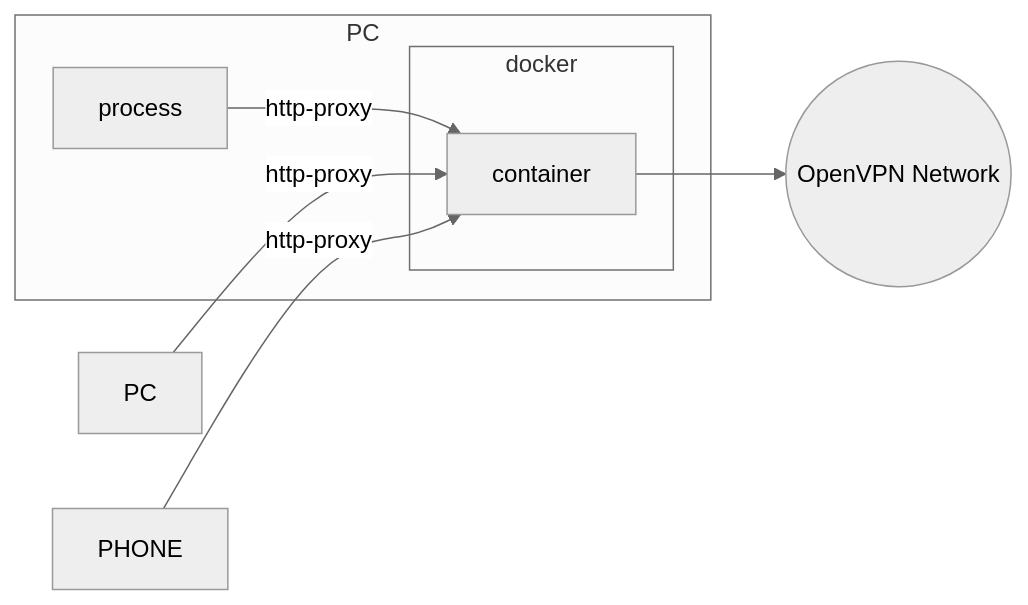
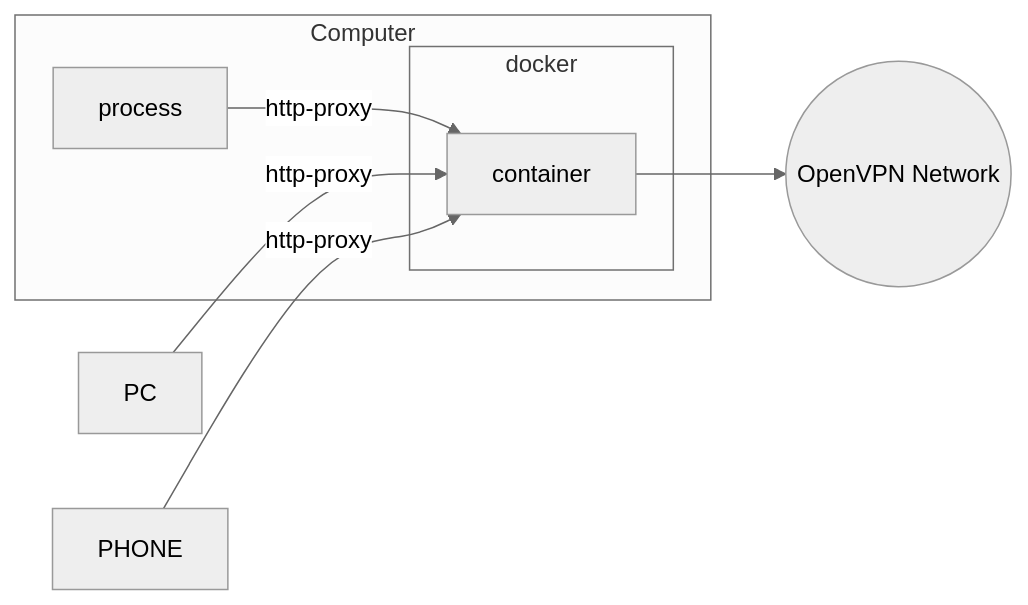
The diagram in README.md (hurui/docker-openvpn-proxy), drawn with Mermaid (neutral theme) before and after one commit.

````diff
--- a/README.md
+++ b/README.md
@@ -7,12 +7,12 @@
 ```mermaid
   graph LR;
-  		subgraph R[PC]
+  		subgraph R[Computer]
   		p[process] --http-proxy--> container
   		subgraph docker
   		container
   		end
       end
       PC --http-proxy--> container
       PHONE --http-proxy--> container
       container --> OpenVPN((OpenVPN Network))
 ```
````
